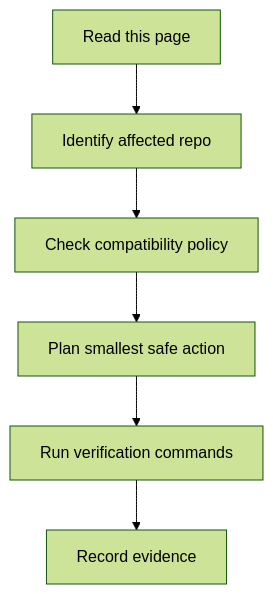
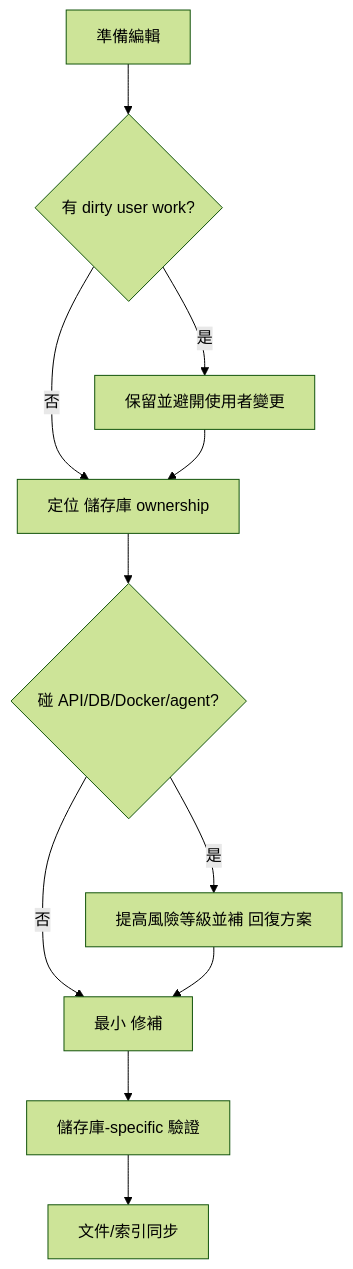
Before and after one commit to chen21019/cattle-handbook: the diagram in docs-site/src/content/docs/ai-guide/safe-editing-rules.md, drawn with Mermaid (forest theme). The commit also changed other lines of this file and 201 other files, not shown here.

````diff
--- a/docs-site/src/content/docs/ai-guide/safe-editing-rules.md
+++ b/docs-site/src/content/docs/ai-guide/safe-editing-rules.md
@@ -89,8 +68,13 @@
 ```mermaid
 flowchart TD
-  A[Read this page] --> B[Identify affected repo]
-  B --> C[Check compatibility policy]
-  C --> D[Plan smallest safe action]
-  D --> E[Run verification commands]
-  E --> F[Record evidence]
+  A[準備編輯] --> B{有 dirty user work?}
+  B -- 是 --> C[保留並避開使用者變更]
+  B -- 否 --> D[定位 儲存庫 ownership]
+  C --> D
+  D --> E{碰 API/DB/Docker/agent?}
+  E -- 是 --> F[提高風險等級並補 回復方案]
+  E -- 否 --> G[最小 修補]
+  F --> G
+  G --> H[儲存庫-specific 驗證]
+  H --> I[文件/索引同步]
 ```
````
